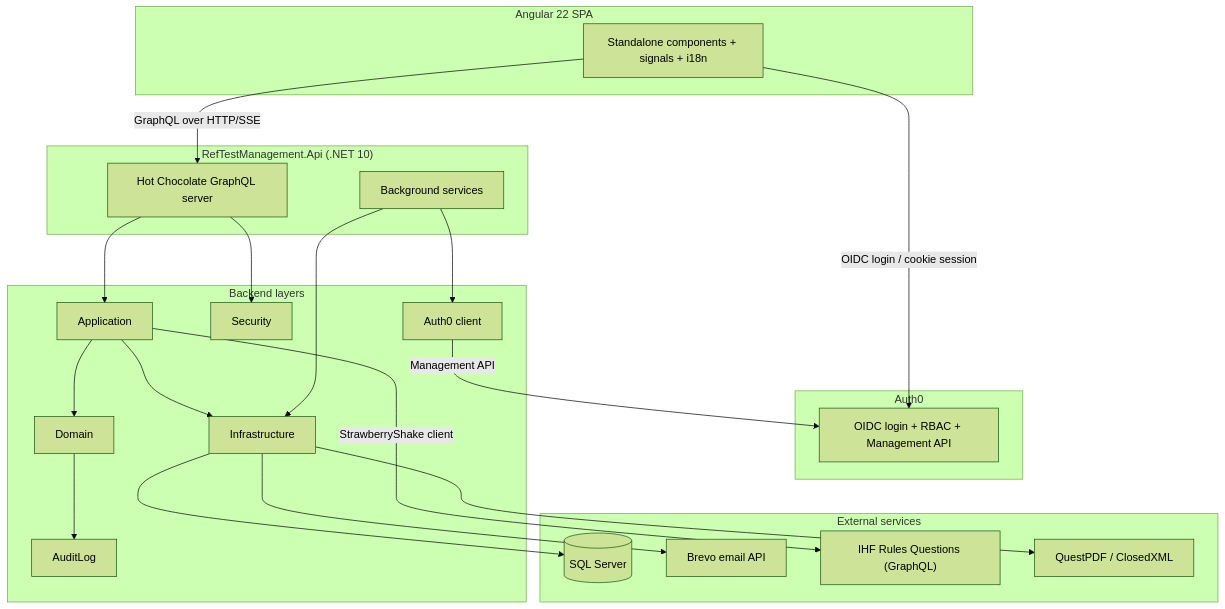
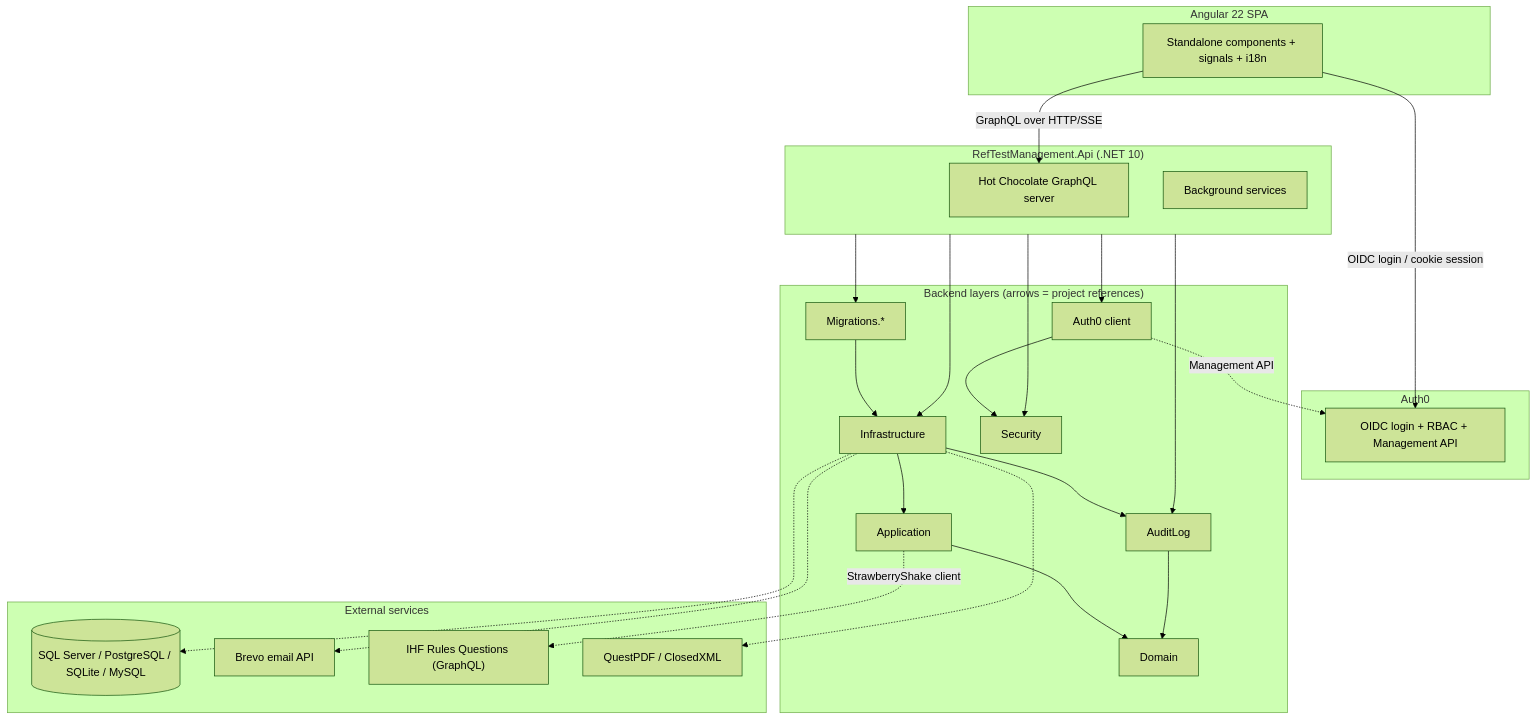
Before and after one commit to handballbelgium-referees/ref-test-management: the diagram in README.md, drawn with Mermaid (forest theme). The commit also changed other lines of this file and 3 other files, not shown here.

First line of the commit message:
test(application): enforce layered project dependencies (#728)

````diff
--- a/README.md
+++ b/README.md
@@ -142,46 +142,51 @@
 ```mermaid
 flowchart TB
     subgraph Client["Angular 22 SPA"]
         UI["Standalone components + signals + i18n"]
     end
 
     subgraph Auth["Auth0"]
         A0["OIDC login + RBAC + Management API"]
     end
 
     subgraph Api["RefTestManagement.Api (.NET 10)"]
         GQL["Hot Chocolate GraphQL server"]
         BG["Background services"]
     end
 
-    subgraph Layers["Backend layers"]
+    subgraph Layers["Backend layers (arrows = project references)"]
+        Infrastructure["Infrastructure"]
         Application["Application"]
         Domain["Domain"]
-        Infrastructure["Infrastructure"]
+        AuditLog["AuditLog"]
+        Migrations["Migrations.*"]
         Security["Security"]
-        AuditLog["AuditLog"]
         Auth0Proj["Auth0 client"]
     end
 
     subgraph External["External services"]
-        DB[("SQL Server")]
+        DB[("SQL Server / PostgreSQL / SQLite / MySQL")]
         Brevo["Brevo email API"]
         IHF["IHF Rules Questions (GraphQL)"]
         PDF["QuestPDF / ClosedXML"]
     end
 
     UI -->|"GraphQL over HTTP/SSE"| GQL
     UI -->|"OIDC login / cookie session"| A0
-    GQL --> Security
-    GQL --> Application
+    Api --> Infrastructure
+    Api --> Migrations
+    Api --> Security
+    Api --> Auth0Proj
+    Api --> AuditLog
+    Migrations --> Infrastructure
+    Infrastructure --> Application
+    Infrastructure --> AuditLog
     Application --> Domain
-    Application --> Infrastructure
-    Application -->|"StrawberryShake client"| IHF
-    Infrastructure --> DB
-    Infrastructure --> Brevo
-    Infrastructure --> PDF
-    Domain --> AuditLog
-    BG --> Infrastructure
-    BG --> Auth0Proj
-    Auth0Proj -->|"Management API"| A0
+    AuditLog --> Domain
+    Auth0Proj --> Security
+    Application -.->|"StrawberryShake client"| IHF
+    Infrastructure -.-> DB
+    Infrastructure -.-> Brevo
+    Infrastructure -.-> PDF
+    Auth0Proj -.->|"Management API"| A0
 ```
````
